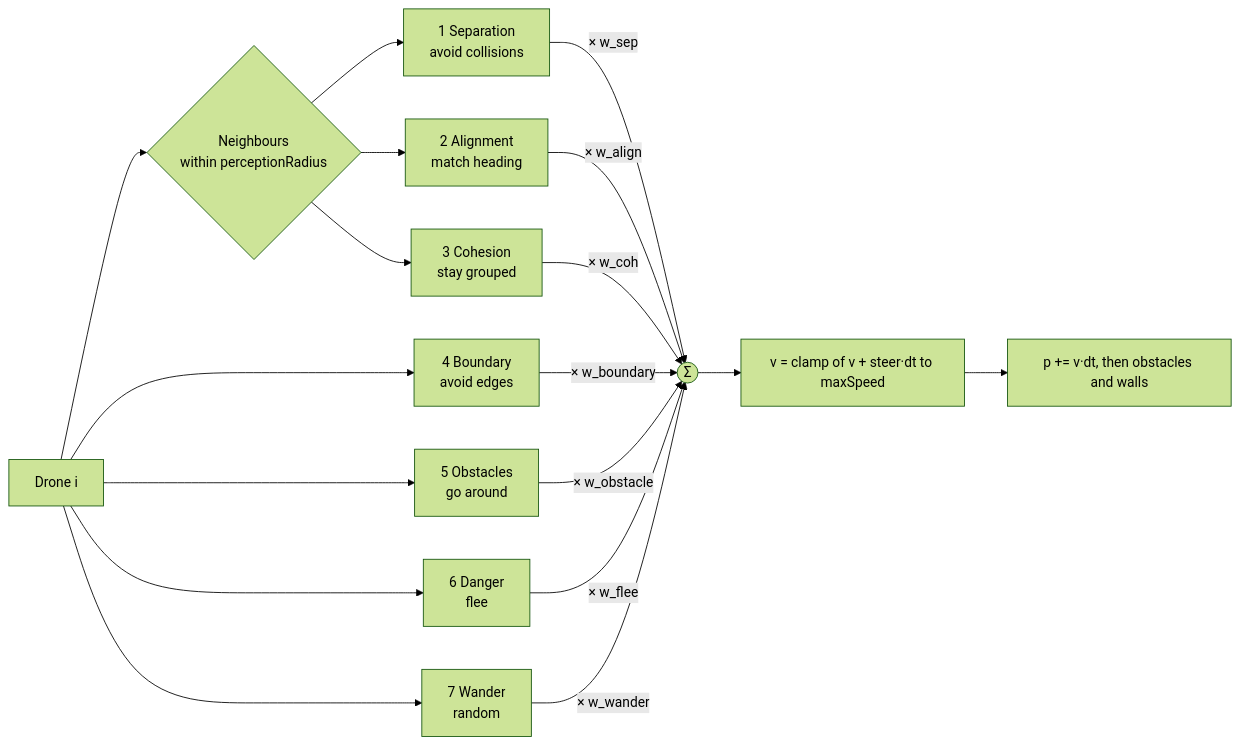
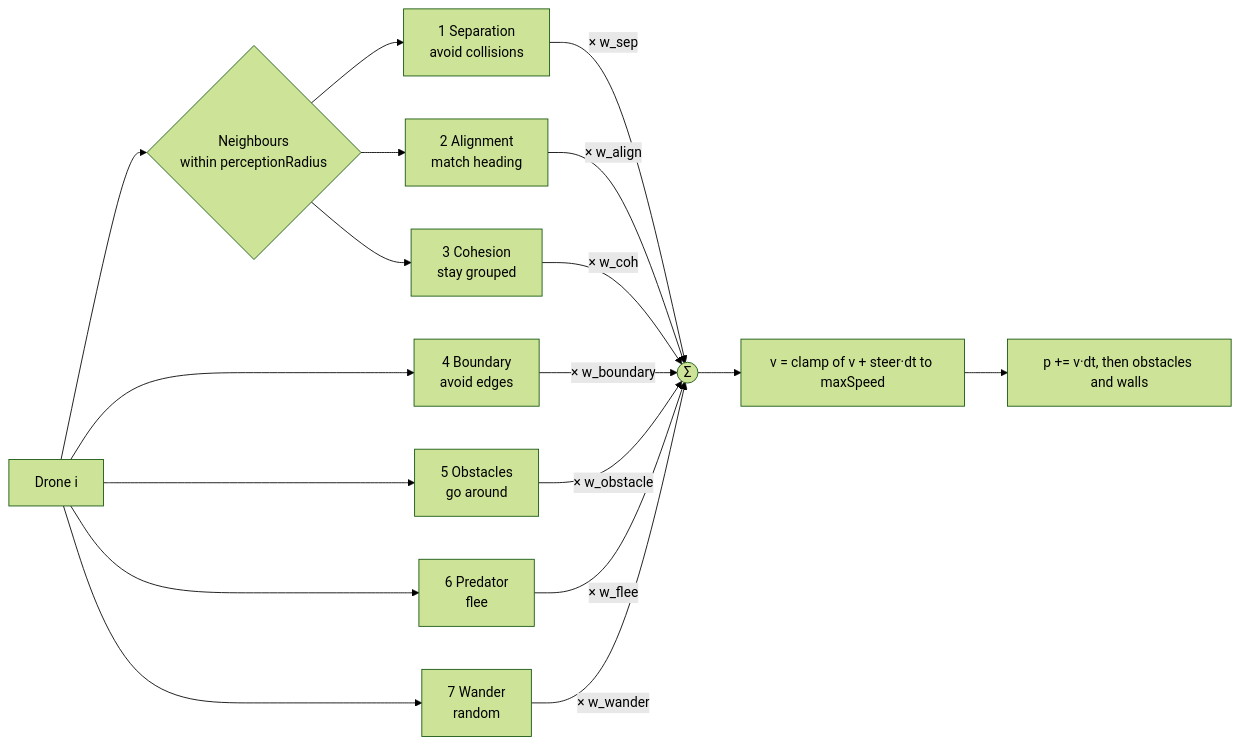
The diagram in docs/01-boids-rules.md (gakkel-labs/swarm-simulator), drawn with Mermaid (forest theme) before and after one commit. The commit also changed other lines of this file and 14 other files, not shown here.

````diff
--- a/docs/01-boids-rules.md
+++ b/docs/01-boids-rules.md
@@ -38,20 +38,20 @@
 ```mermaid
 flowchart LR
     A[Drone i] --> P{Neighbours<br/>within perceptionRadius}
     P --> S[1 Separation<br/>avoid collisions]
     P --> AL[2 Alignment<br/>match heading]
     P --> C[3 Cohesion<br/>stay grouped]
     A --> B[4 Boundary<br/>avoid edges]
     A --> O[5 Obstacles<br/>go around]
-    A --> F[6 Danger<br/>flee]
+    A --> F[6 Predator<br/>flee]
     A --> W[7 Wander<br/>random]
     S -->|× w_sep| SUM((Σ))
     AL -->|× w_align| SUM
     C -->|× w_coh| SUM
     B -->|× w_boundary| SUM
     O -->|× w_obstacle| SUM
     F -->|× w_flee| SUM
     W -->|× w_wander| SUM
     SUM --> V[v = clamp of v + steer·dt to maxSpeed]
     V --> POS[p += v·dt, then obstacles and walls]
 ```
````
